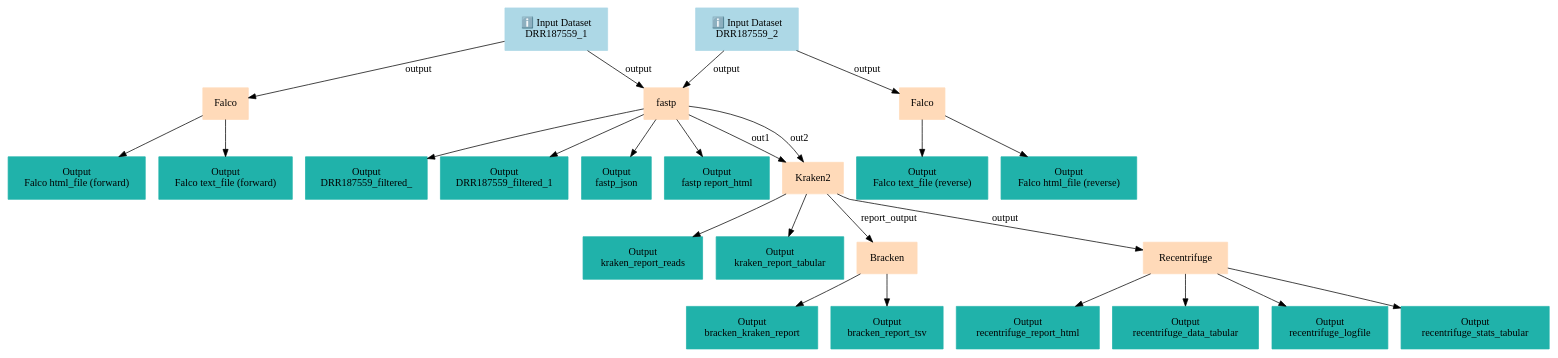
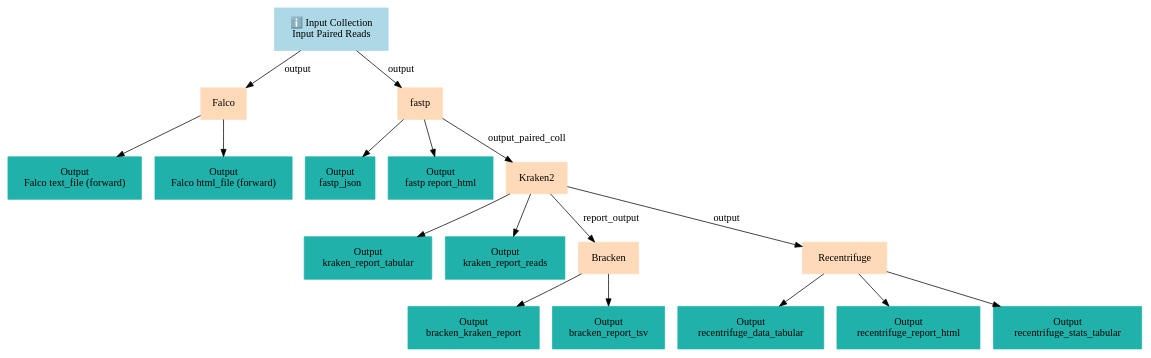
The diagram in api/workflows/sequence-analysis/quality-contamination-control/quality-and-contamination-control-in-bacterial-isolate-using-illumina-miseq-data/graph.dot (galaxyproject/training-material), drawn with Graphviz before and after one commit. The commit also changed 10110 other files, not shown here.

```diff
--- a/api/workflows/sequence-analysis/quality-contamination-control/quality-and-contamination-control-in-bacterial-isolate-using-illumina-miseq-data/graph.dot
+++ b/api/workflows/sequence-analysis/quality-contamination-control/quality-and-contamination-control-in-bacterial-isolate-using-illumina-miseq-data/graph.dot
@@ -1,52 +1,37 @@
 digraph main {
   node [fontname="Atkinson Hyperlegible", shape=box, color=white,style=filled,color=peachpuff,margin="0.2,0.2"];
   edge [fontname="Atkinson Hyperlegible"];
-  0[color=lightblue,label="ℹ️ Input Dataset\nDRR187559_1"]
-  1[color=lightblue,label="ℹ️ Input Dataset\nDRR187559_2"]
-  2[label="Falco"]
+  0[color=lightblue,label="ℹ️ Input Collection\nInput Paired Reads"]
+  1[label="Falco"]
+  0 -> 1 [label="output"]
+  k64d295db180840e6afd2af20f4e178f6[color=lightseagreen,label="Output\nFalco text_file (forward)"]
+  1 -> k64d295db180840e6afd2af20f4e178f6
+  k13fee5d73fc744f981a1ed84daa2da03[color=lightseagreen,label="Output\nFalco html_file (forward)"]
+  1 -> k13fee5d73fc744f981a1ed84daa2da03
+  2[label="fastp"]
   0 -> 2 [label="output"]
-  k13fee5d73fc744f981a1ed84daa2da03[color=lightseagreen,label="Output\nFalco html_file (forward)"]
-  2 -> k13fee5d73fc744f981a1ed84daa2da03
-  k64d295db180840e6afd2af20f4e178f6[color=lightseagreen,label="Output\nFalco text_file (forward)"]
-  2 -> k64d295db180840e6afd2af20f4e178f6
-  3[label="Falco"]
-  1 -> 3 [label="output"]
-  k714c6bf2799249a7b26730f67b8a1c00[color=lightseagreen,label="Output\nFalco text_file (reverse)"]
-  3 -> k714c6bf2799249a7b26730f67b8a1c00
-  kc6989993d20846249f27a33ce0cfa4b9[color=lightseagreen,label="Output\nFalco html_file (reverse)"]
-  3 -> kc6989993d20846249f27a33ce0cfa4b9
-  4[label="fastp"]
-  0 -> 4 [label="output"]
-  1 -> 4 [label="output"]
-  kb634addfdcb843e68016341de7eb5b87[color=lightseagreen,label="Output\nDRR187559_filtered_"]
-  4 -> kb634addfdcb843e68016341de7eb5b87
-  k0a57afa4e75e470dad7b13e567ce54a3[color=lightseagreen,label="Output\nDRR187559_filtered_1"]
-  4 -> k0a57afa4e75e470dad7b13e567ce54a3
   kbb98c4d1bd1d47bdac564ac0e1e49d50[color=lightseagreen,label="Output\nfastp_json"]
-  4 -> kbb98c4d1bd1d47bdac564ac0e1e49d50
+  2 -> kbb98c4d1bd1d47bdac564ac0e1e49d50
   k1a089ca0445a4322b74f60c7aefc7cd8[color=lightseagreen,label="Output\nfastp report_html"]
-  4 -> k1a089ca0445a4322b74f60c7aefc7cd8
-  5[label="Kraken2"]
-  4 -> 5 [label="out1"]
-  4 -> 5 [label="out2"]
+  2 -> k1a089ca0445a4322b74f60c7aefc7cd8
+  3[label="Kraken2"]
+  2 -> 3 [label="output_paired_coll"]
+  k54b85a5372ee4b73b1867fd55e8aab9b[color=lightseagreen,label="Output\nkraken_report_tabular"]
+  3 -> k54b85a5372ee4b73b1867fd55e8aab9b
   ka408a64458cd4f5eaf2515b5ea63aa76[color=lightseagreen,label="Output\nkraken_report_reads"]
-  5 -> ka408a64458cd4f5eaf2515b5ea63aa76
-  k54b85a5372ee4b73b1867fd55e8aab9b[color=lightseagreen,label="Output\nkraken_report_tabular"]
-  5 -> k54b85a5372ee4b73b1867fd55e8aab9b
-  6[label="Bracken"]
-  5 -> 6 [label="report_output"]
+  3 -> ka408a64458cd4f5eaf2515b5ea63aa76
+  4[label="Bracken"]
+  3 -> 4 [label="report_output"]
   k8ca52af9f83942b6aa74f1a6a1dfbbc8[color=lightseagreen,label="Output\nbracken_kraken_report"]
-  6 -> k8ca52af9f83942b6aa74f1a6a1dfbbc8
+  4 -> k8ca52af9f83942b6aa74f1a6a1dfbbc8
   kae6c6464f5f54e5bb616d38166fc0133[color=lightseagreen,label="Output\nbracken_report_tsv"]
-  6 -> kae6c6464f5f54e5bb616d38166fc0133
-  7[label="Recentrifuge"]
-  5 -> 7 [label="output"]
+  4 -> kae6c6464f5f54e5bb616d38166fc0133
+  5[label="Recentrifuge"]
+  3 -> 5 [label="output"]
+  kc7457acb41bc4191b3fb6716e15fbe57[color=lightseagreen,label="Output\nrecentrifuge_data_tabular"]
+  5 -> kc7457acb41bc4191b3fb6716e15fbe57
   kbd947a1d0443465f86585d76d9ce69f8[color=lightseagreen,label="Output\nrecentrifuge_report_html"]
-  7 -> kbd947a1d0443465f86585d76d9ce69f8
-  kc7457acb41bc4191b3fb6716e15fbe57[color=lightseagreen,label="Output\nrecentrifuge_data_tabular"]
-  7 -> kc7457acb41bc4191b3fb6716e15fbe57
-  k94f6ff070e0647ad88f8a058d0808537[color=lightseagreen,label="Output\nrecentrifuge_logfile"]
-  7 -> k94f6ff070e0647ad88f8a058d0808537
+  5 -> kbd947a1d0443465f86585d76d9ce69f8
   kb5694f2dc8cd4460bfff74fd0792ecb3[color=lightseagreen,label="Output\nrecentrifuge_stats_tabular"]
-  7 -> kb5694f2dc8cd4460bfff74fd0792ecb3
+  5 -> kb5694f2dc8cd4460bfff74fd0792ecb3
 }
```
